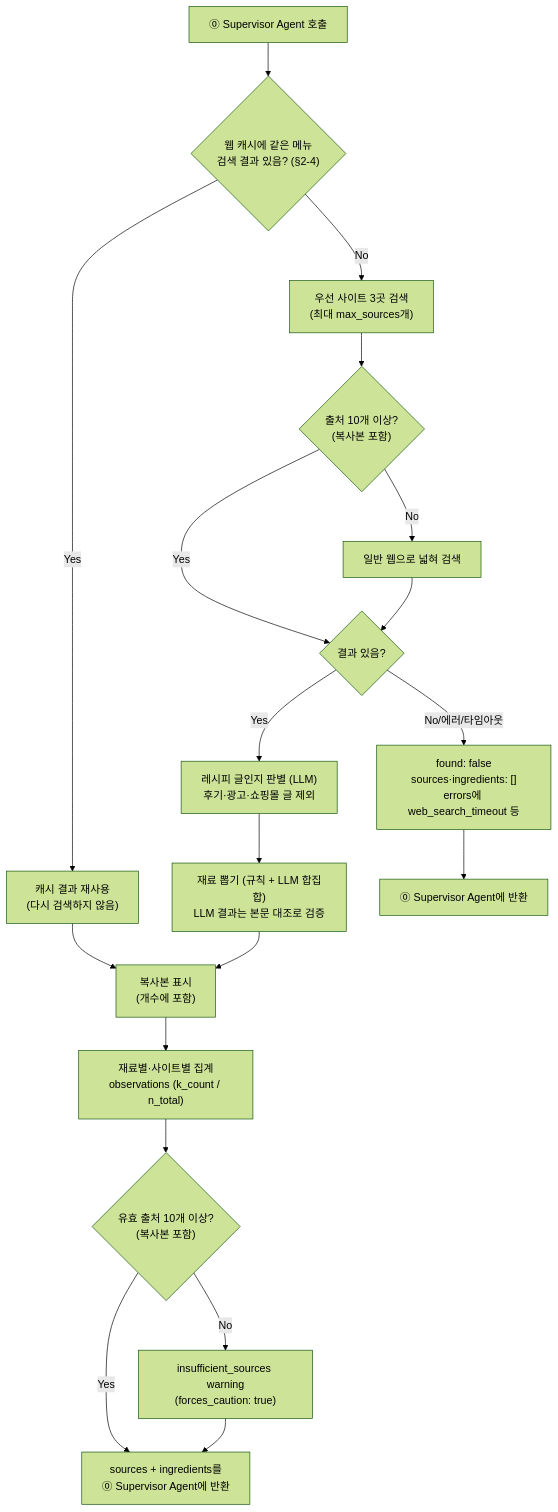
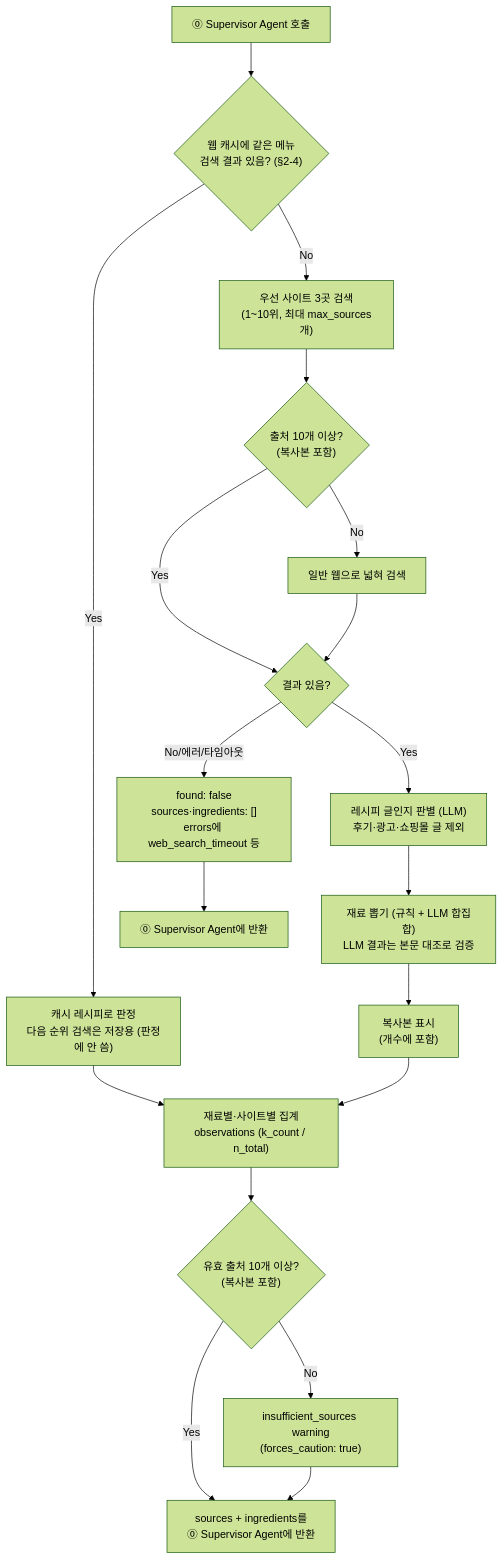
One commit to Han-Spoon/ai changed the second of 2 diagrams in docs/6-agent-websearch.md. Above: the diagram before and after it, drawn with Mermaid (forest theme). The commit also changed other lines of this file and 3 other files, not shown here.

````diff
--- a/docs/6-agent-websearch.md
+++ b/docs/6-agent-websearch.md
@@ -338,21 +364,21 @@
 ```mermaid
 flowchart TD
     S[⓪ Supervisor Agent 호출] --> CA{"웹 캐시에 같은 메뉴<br/>검색 결과 있음? (§2-4)"}
-    CA -->|Yes| CR["캐시 결과 재사용<br/>(다시 검색하지 않음)"]
-    CR --> D
-    CA -->|No| Q["우선 사이트 3곳 검색<br/>(최대 max_sources개)"]
+    CA -->|Yes| CR["캐시 레시피로 판정<br/>다음 순위 검색은 저장용 (판정에 안 씀)"]
+    CR --> AGG
+    CA -->|No| Q["우선 사이트 3곳 검색<br/>(1~10위, 최대 max_sources개)"]
     Q --> QE{"출처 10개 이상?<br/>(복사본 포함)"}
     QE -->|No| QG["일반 웹으로 넓혀 검색"]
     QE -->|Yes| R{결과 있음?}
     QG --> R
     R -->|No/에러/타임아웃| F["found: false<br/>sources·ingredients: []<br/>errors에 web_search_timeout 등"]
     R -->|Yes| RJ["레시피 글인지 판별 (LLM)<br/>후기·광고·쇼핑몰 글 제외"]
     RJ --> C["재료 뽑기 (규칙 + LLM 합집합)<br/>LLM 결과는 본문 대조로 검증"]
     C --> D["복사본 표시<br/>(개수에 포함)"]
     D --> AGG["재료별·사이트별 집계<br/>observations (k_count / n_total)"]
     AGG --> MIN{"유효 출처 10개 이상?<br/>(복사본 포함)"}
     MIN -->|No| W["insufficient_sources warning<br/>(forces_caution: true)"]
     MIN -->|Yes| OUT
     W --> OUT["sources + ingredients를<br/>⓪ Supervisor Agent에 반환"]
     F --> OUT2[⓪ Supervisor Agent에 반환]
 ```
````
